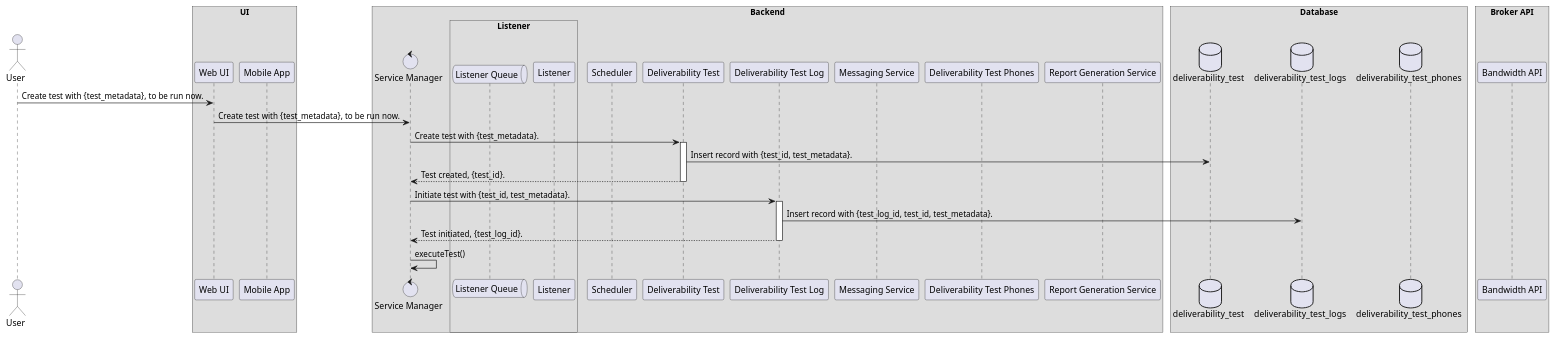
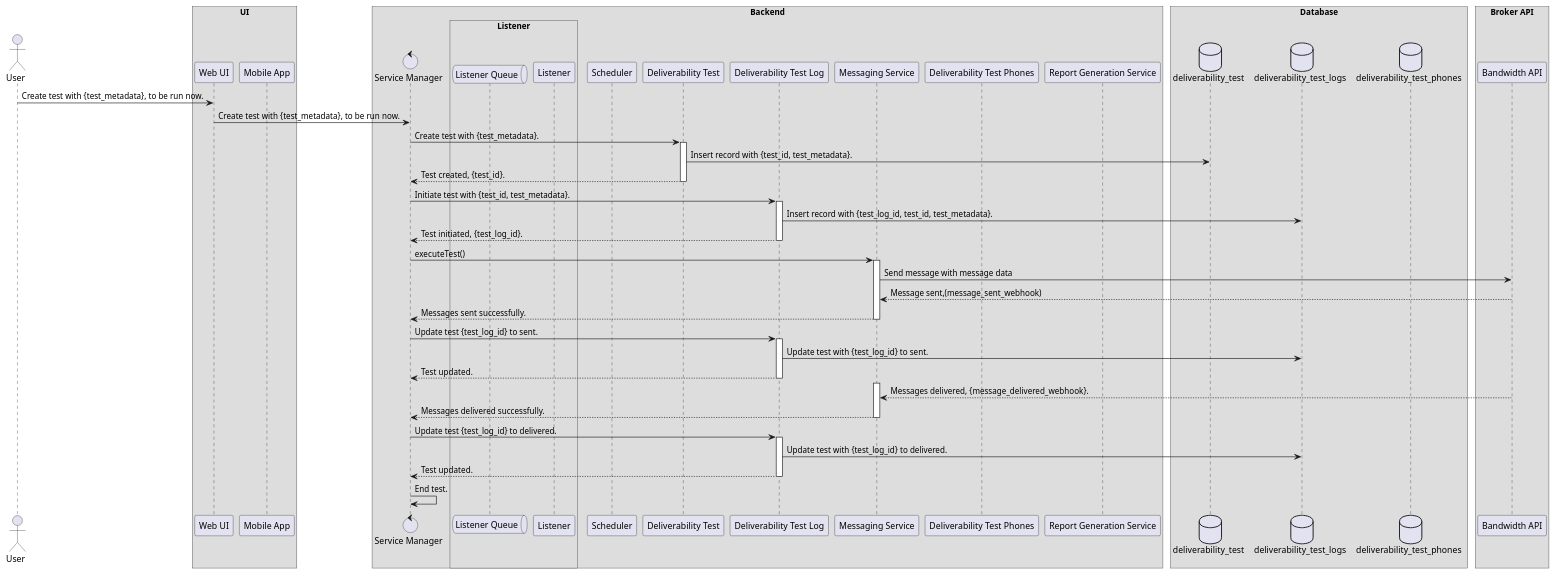
Before and after one commit to Xyz0074/testing-diagrams: the diagram in source/sequence-diagrams/test-creation-immediate-execution-sequence-diagram.puml, drawn with PlantUML.

```diff
--- a/source/sequence-diagrams/test-creation-immediate-execution-sequence-diagram.puml
+++ b/source/sequence-diagrams/test-creation-immediate-execution-sequence-diagram.puml
@@ -1,52 +1,72 @@
 @startuml
 !pragma teoz true
 
 /'Defines the protocol when a user submits a request to create and execute a test immediately'/
 /'author: Luvai Cutlerywala <luvaidc@gmail.com>'/
 
 /'Define the actors and participants.'/
 actor User as user
 
 box UI
     participant "Web UI" as web_ui
     participant "Mobile App" as mobile_app
 end box
 
 box Backend
     control "Service Manager" as service_manager
     box Listener
         queue "Listener Queue" as listener_queue
         participant "Listener" as listener
     end box
     participant "Scheduler" as scheduler
     participant "Deliverability Test" as deliverability_test
     participant "Deliverability Test Log" as deliverability_test_log
     participant "Messaging Service" as messenger
     participant "Deliverability Test Phones" as deliverability_test_phones
     participant "Report Generation Service" as report_generator
 end box
 
 box Database
     database deliverability_test as dt
     database deliverability_test_logs as dtl
     database deliverability_test_phones as dtp
 end box
 
 box "Broker API"
     participant "Bandwidth API" as broker_api
 end box
 
 user -> web_ui: Create test with {test_metadata}, to be run now.
 web_ui -> service_manager: Create test with {test_metadata}, to be run now.
 service_manager -> deliverability_test: Create test with {test_metadata}.
 activate deliverability_test
 deliverability_test -> dt: Insert record with {test_id, test_metadata}.
 deliverability_test --> service_manager: Test created, {test_id}.
 deactivate deliverability_test
 service_manager -> deliverability_test_log: Initiate test with {test_id, test_metadata}.
 activate deliverability_test_log
 deliverability_test_log -> dtl: Insert record with {test_log_id, test_id, test_metadata}.
 deliverability_test_log --> service_manager: Test initiated, {test_log_id}.
 deactivate deliverability_test_log
-service_manager -> service_manager: executeTest()
+service_manager -> messenger: executeTest()
+activate messenger
+messenger -> broker_api: Send message with message data
+broker_api-->messenger:Message sent,(message_sent_webhook)
+messenger --> service_manager: Messages sent successfully.
+deactivate messenger
+service_manager -> deliverability_test_log: Update test {test_log_id} to sent.
+activate deliverability_test_log
+deliverability_test_log -> dtl: Update test with {test_log_id} to sent.
+deliverability_test_log --> service_manager: Test updated.
+deactivate deliverability_test_log
+activate messenger
+broker_api --> messenger: Messages delivered, {message_delivered_webhook}.
+messenger --> service_manager: Messages delivered successfully.
+deactivate messenger
+service_manager -> deliverability_test_log: Update test {test_log_id} to delivered.
+activate deliverability_test_log
+deliverability_test_log -> dtl: Update test with {test_log_id} to delivered.
+deliverability_test_log --> service_manager: Test updated.
+deactivate deliverability_test_log
+service_manager -> service_manager: End test.
 @enduml
```
